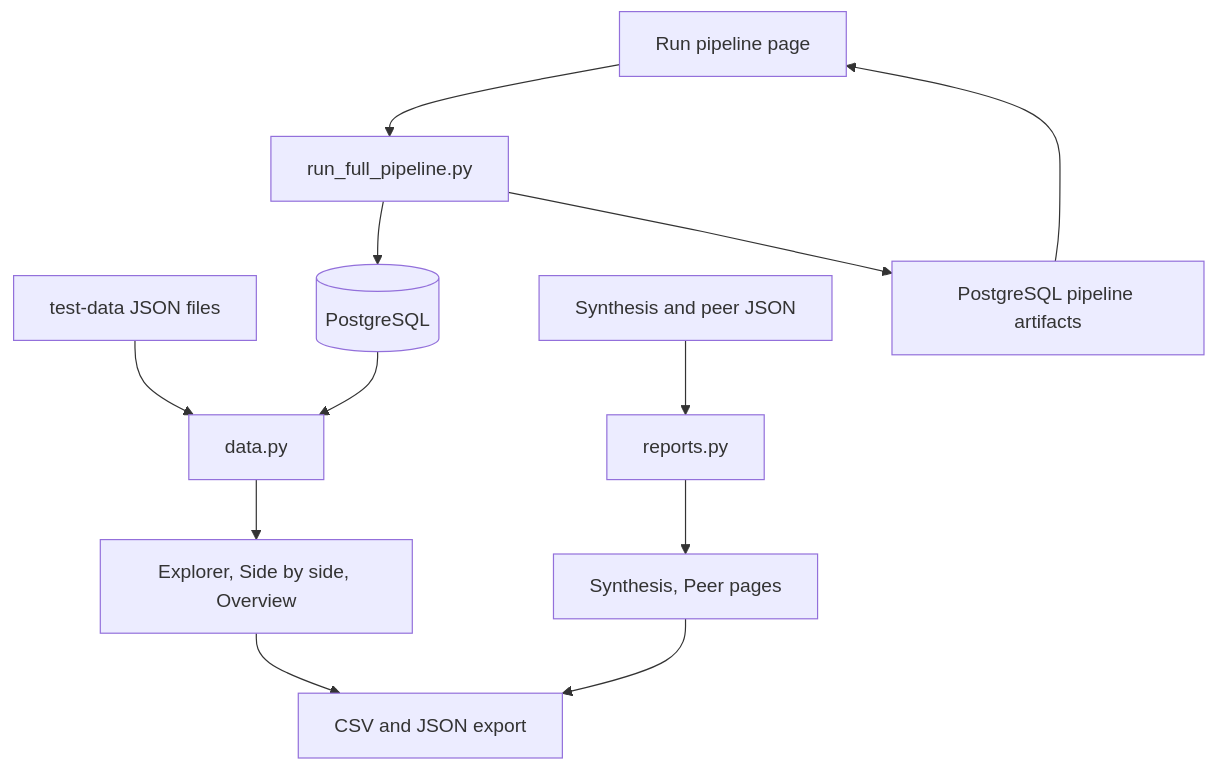
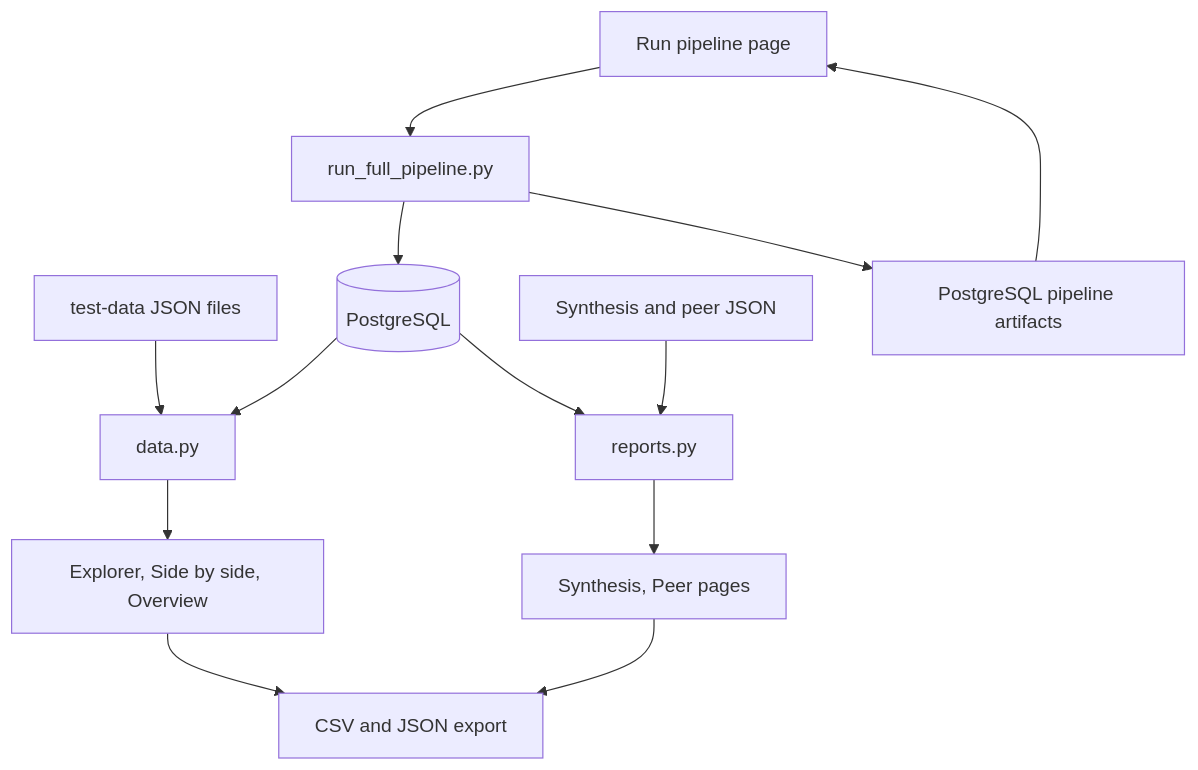
One commit to JingLeEa/sec-filings changed the diagram in docs/YUVIKA_ui_dashboard.md. Above: the diagram before and after it, drawn with Mermaid. The commit also changed other lines of this file and 5 other files, not shown here.

````diff
--- a/docs/YUVIKA_ui_dashboard.md
+++ b/docs/YUVIKA_ui_dashboard.md
@@ -39,14 +39,15 @@
 ```mermaid
 flowchart TD
     A[test-data JSON files] --> D[data.py]
     B[(PostgreSQL)] --> D
     C[Synthesis and peer JSON] --> R[reports.py]
+    B --> R
     U[Run pipeline page] --> J[run_full_pipeline.py]
     J --> B
     J --> S[PostgreSQL pipeline artifacts]
     S --> U
     D --> P[Explorer, Side by side, Overview]
     R --> Q[Synthesis, Peer pages]
     P --> E[CSV and JSON export]
     Q --> E
 ```
````
